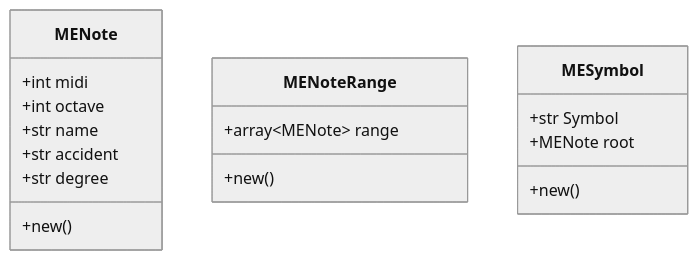
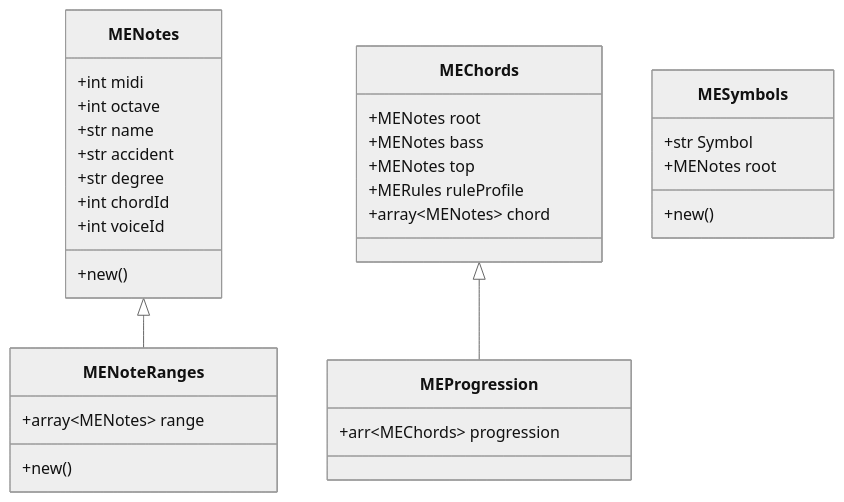
The diagram in README.md (iamsiriil/sc_musicengine), drawn with Mermaid (neutral theme) before and after one commit.

````diff
--- a/README.md
+++ b/README.md
@@ -1,22 +1,38 @@
 ```mermaid
 classDiagram
-    class MENote {
+    MENotes <|-- MENoteRanges
+    MEChords <|-- MEProgression
+    class MENotes {
         +int midi
         +int octave
         +str name
         +str accident
         +str degree
+        +int chordId
+        +int voiceId
         +new()
     }
 
-    class MENoteRange {
-        +array~MENote~ range
+    class MENoteRanges {
+        +array~MENotes~ range
         +new()
     }
 
-    class MESymbol {
+    class MESymbols {
         +str Symbol
-        +MENote root
+        +MENotes root
         +new()
     }
+
+    class MEChords {
+        +MENotes root
+        +MENotes bass
+        +MENotes top
+        +MERules ruleProfile
+        +array~MENotes~ chord
+    }
+
+    class MEProgression {
+        +arr~MEChords~ progression
+    }
 ```
````
